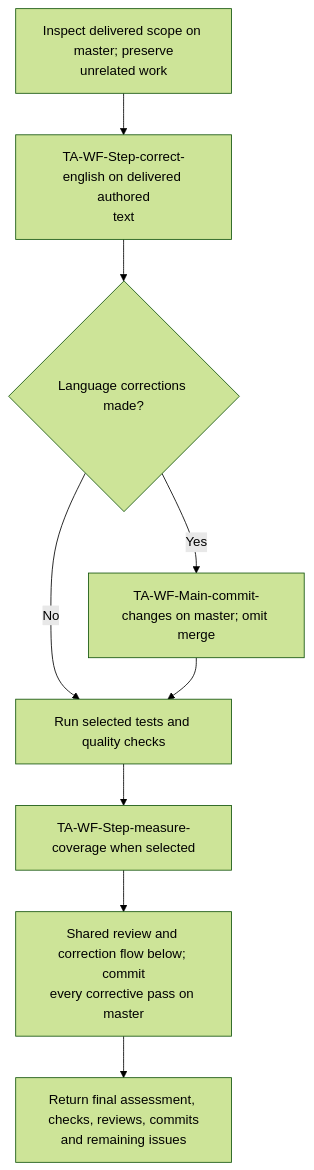
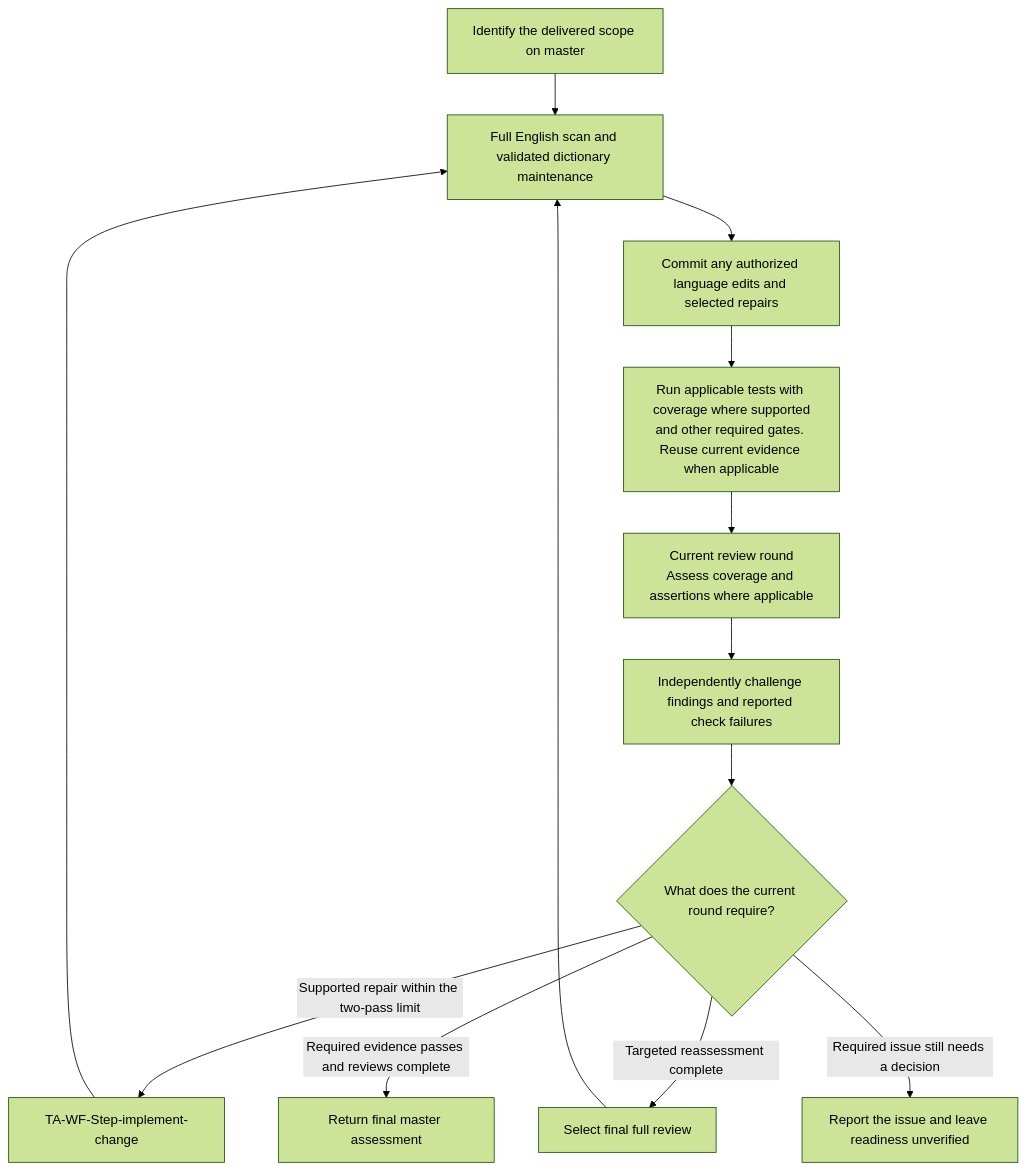
The third of 6 diagrams in .agents/skills/README.md (tomek-anuszkiewicz/amiga-studio), drawn with Mermaid (forest theme) before and after one commit. The commit also changed other lines of this file and 30 other files, not shown here.

````diff
--- a/.agents/skills/README.md
+++ b/.agents/skills/README.md
@@ -147,12 +102,16 @@
 ```mermaid
 flowchart TD
-    Inspect["Inspect delivered scope on master; preserve<br/>unrelated work"]
-    Inspect --> English["TA-WF-Step-correct-english on delivered authored<br/>text"]
-    English --> Changed{"Language corrections made?"}
-    Changed -->|Yes| Commit["TA-WF-Main-commit-changes on master; omit merge"]
-    Changed -->|No| Checks["Run selected tests and quality checks"]
-    Commit --> Checks
-    Checks --> Coverage["TA-WF-Step-measure-coverage when selected"]
-    Coverage --> Review["Shared review and correction flow below; commit<br/>every corrective pass on master"]
-    Review --> Result["Return final assessment, checks, reviews, commits<br/>and remaining issues"]
+    Start["Identify the delivered scope on master"]
+    Start --> English["Full English scan and validated dictionary maintenance"]
+    English --> Commits["Commit any authorized language edits and selected repairs"]
+    Commits --> Checks["Run applicable tests with coverage where supported<br/>and other required gates. Reuse current evidence when applicable"]
+    Checks --> Review["Current review round<br/>Assess coverage and assertions where applicable"]
+    Review --> Challenge["Independently challenge findings and reported check failures"]
+    Challenge --> Next{"What does the current round require?"}
+    Next -->|Supported repair within the two-pass limit| Repair["TA-WF-Step-implement-change"]
+    Repair --> English
+    Next -->|Targeted reassessment complete| Final["Select final full review"]
+    Final --> English
+    Next -->|Required evidence passes and reviews complete| Result["Return final master assessment"]
+    Next -->|Required issue still needs a decision| Report["Report the issue and leave readiness unverified"]
 ```
````
